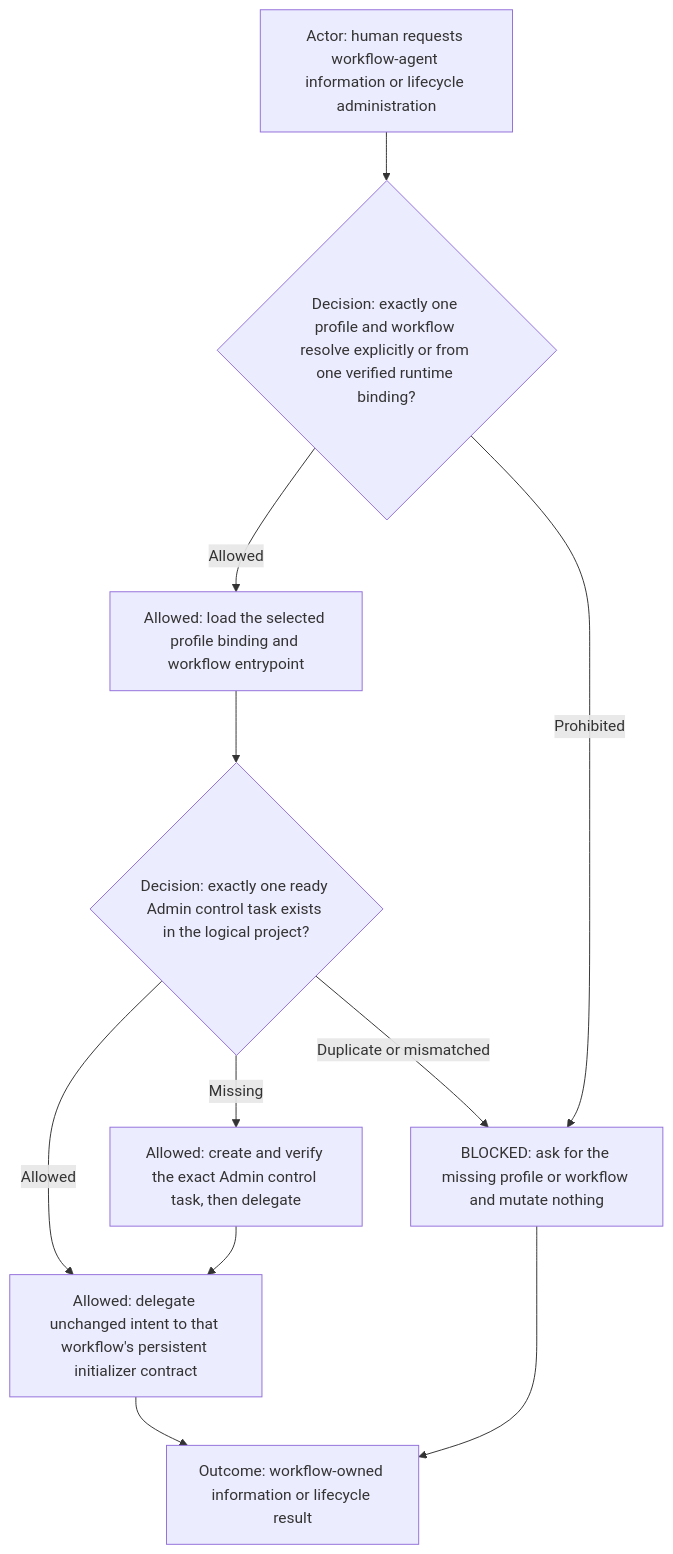
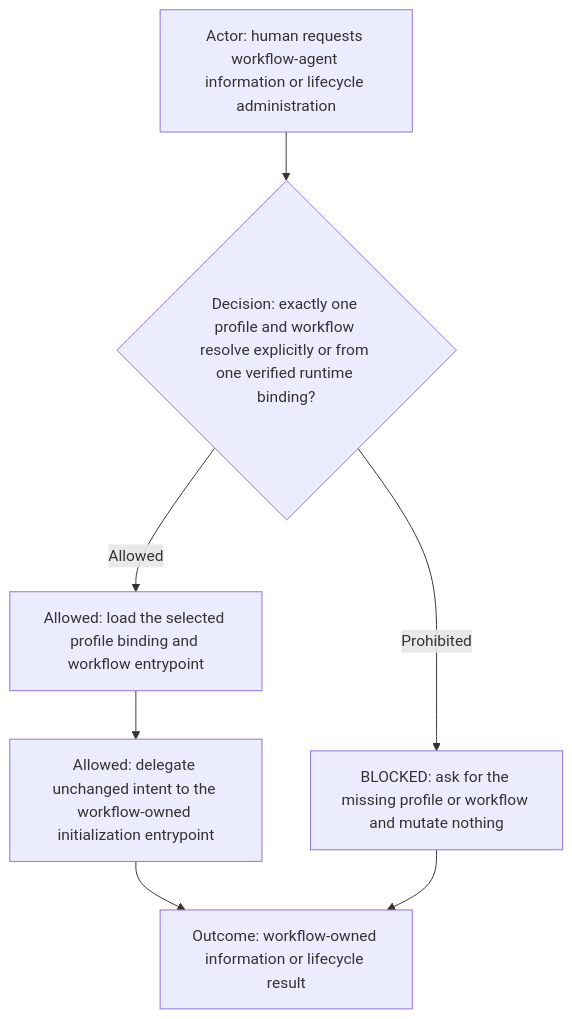
One commit to starodubtsevconsulting/ai-commands changed the third of 13 diagrams in agents/agents.command.md. Above: the diagram before and after it, drawn with Mermaid. The commit also changed other lines of this file and 1 other file, not shown here.

Commit message:
agents: delegate initialization topology to workflows

````diff
--- a/agents/agents.command.md
+++ b/agents/agents.command.md
@@ -39,13 +39,9 @@
 ```mermaid
 flowchart TD
   Actor["Actor: human requests workflow-agent information or lifecycle administration"] --> Decision{"Decision: exactly one profile and workflow resolve explicitly or from one verified runtime binding?"}
   Decision -->|Allowed| Resolve["Allowed: load the selected profile binding and workflow entrypoint"]
   Decision -->|Prohibited| Blocked["BLOCKED: ask for the missing profile or workflow and mutate nothing"]
-  Resolve --> Admin{"Decision: exactly one ready Admin control task exists in the logical project?"}
-  Admin -->|Allowed| Delegate["Allowed: delegate unchanged intent to that workflow's persistent initializer contract"]
-  Admin -->|Missing| Bootstrap["Allowed: create and verify the exact Admin control task, then delegate"]
-  Admin -->|Duplicate or mismatched| Blocked
-  Bootstrap --> Delegate
+  Resolve --> Delegate["Allowed: delegate unchanged intent to the workflow-owned initialization entrypoint"]
   Delegate --> Outcome["Outcome: workflow-owned information or lifecycle result"]
   Blocked --> Outcome
 ```
````
